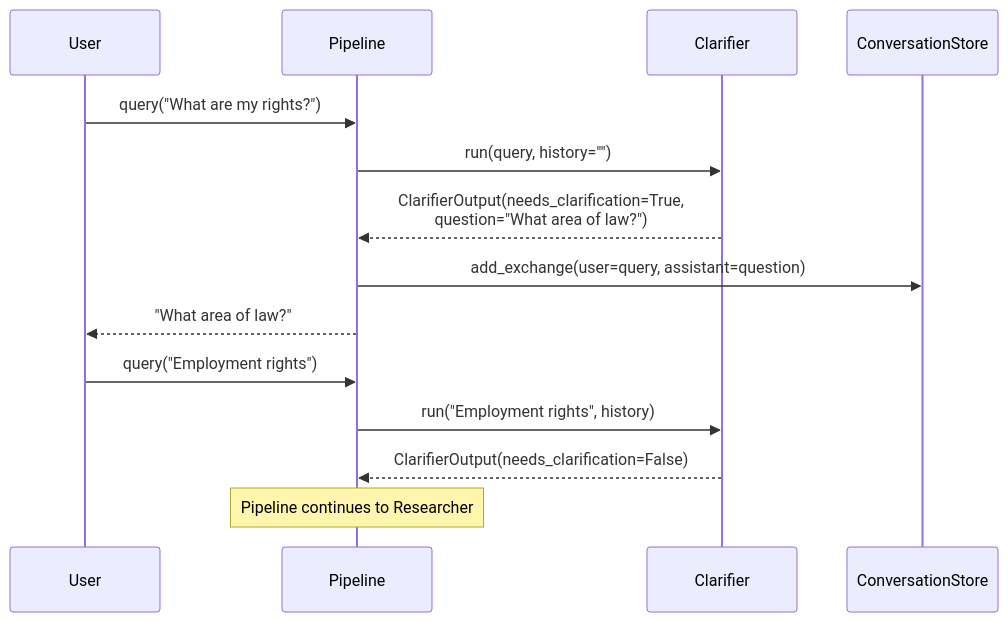
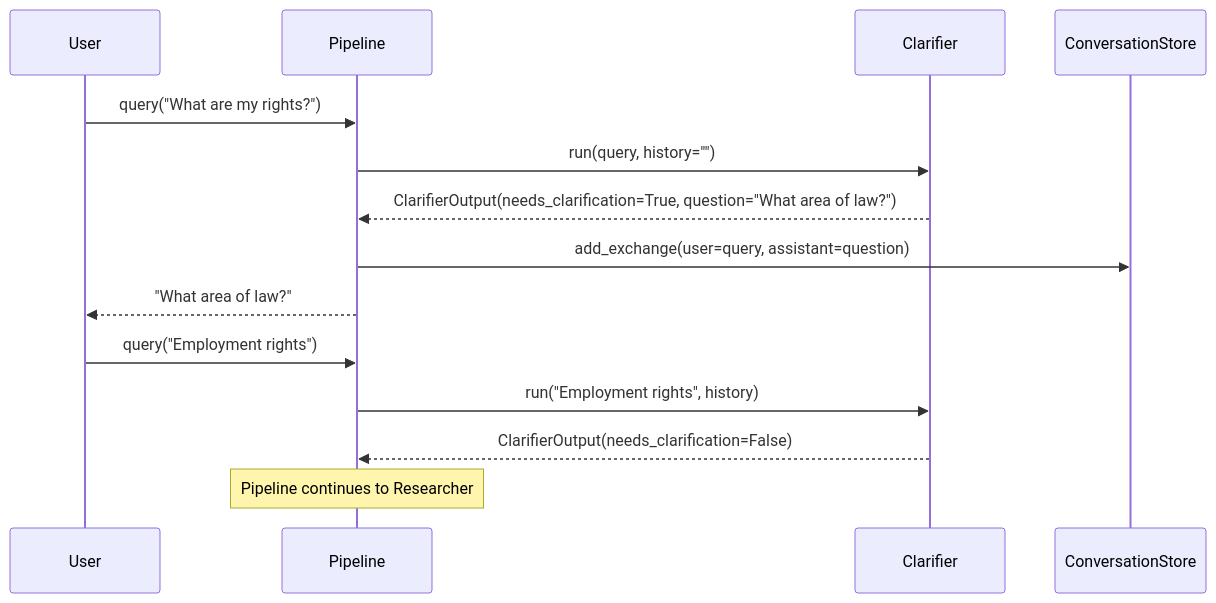
The first of 3 diagrams in docs/architecture/flows.md (SamPowerCode/irish-statute-assistant), drawn with Mermaid before and after one commit. The commit also changed other lines of this file and 1 other file, not shown here.

Commit message:
updated syntax errors in docs

````diff
--- a/docs/architecture/flows.md
+++ b/docs/architecture/flows.md
@@ -10,18 +10,18 @@
 ```{mermaid}
 sequenceDiagram
     participant U as User
     participant P as Pipeline
     participant Cl as Clarifier
     participant M as ConversationStore
 
     U->>P: query("What are my rights?")
     P->>Cl: run(query, history="")
-    Cl-->>P: ClarifierOutput(needs_clarification=True,<br/>question="What area of law?")
+    Cl-->>P: ClarifierOutput(needs_clarification=True, question="What area of law?")
     P->>M: add_exchange(user=query, assistant=question)
     P-->>U: "What area of law?"
 
     U->>P: query("Employment rights")
     P->>Cl: run("Employment rights", history)
     Cl-->>P: ClarifierOutput(needs_clarification=False)
     Note over P: Pipeline continues to Researcher
 ```
````
